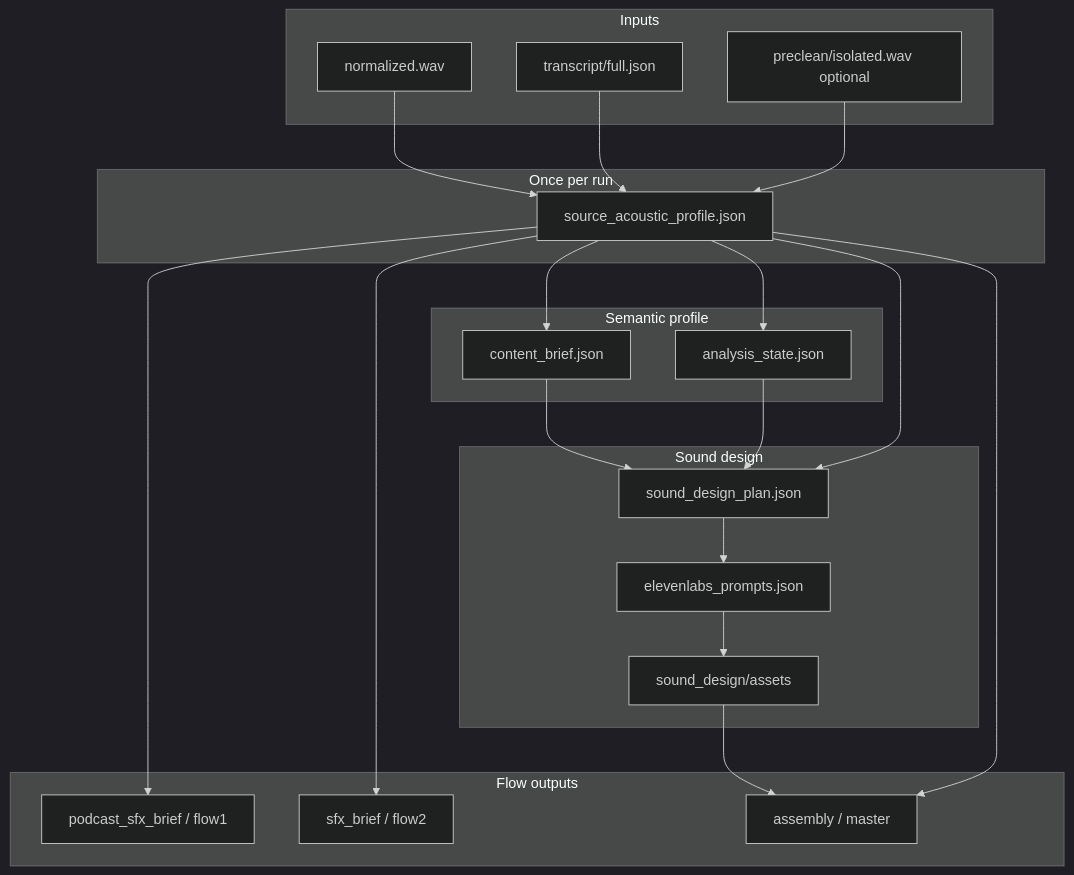
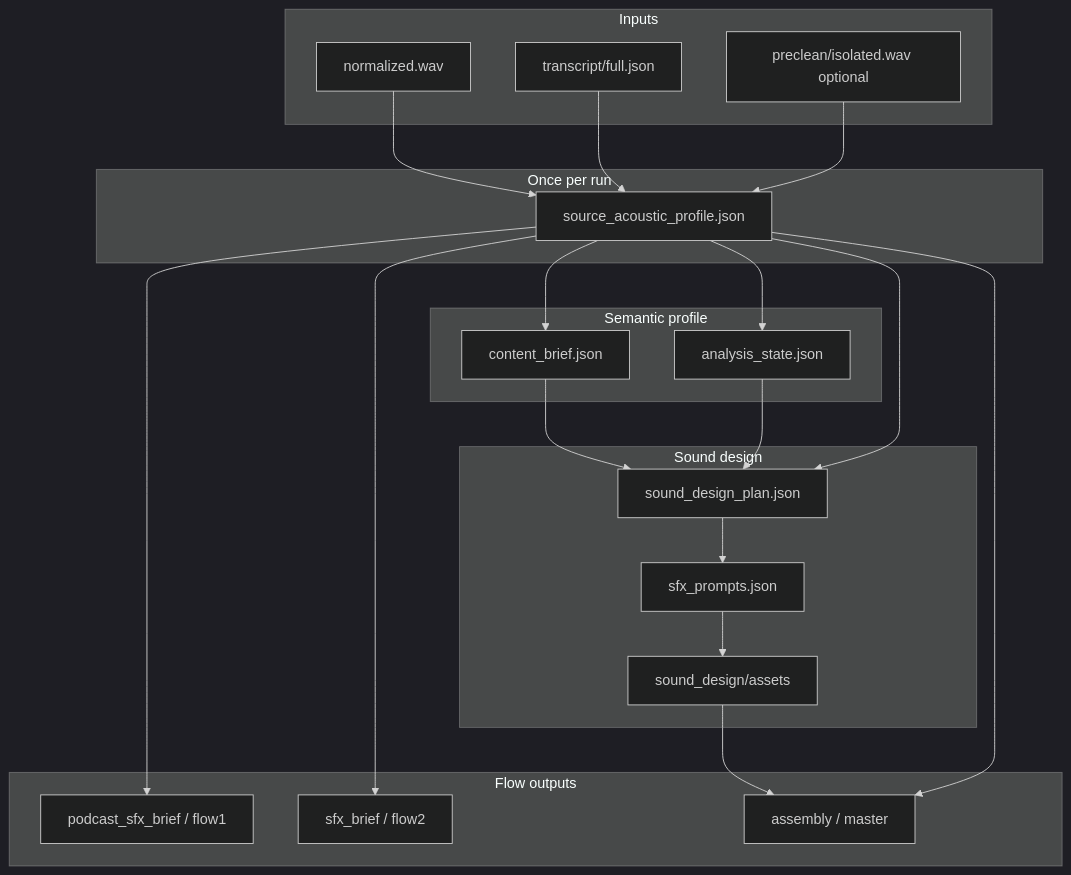
One commit to NicketUttarwar/interview_helper_mux changed the diagram in docs/cross-cutting/source-derived-sonic-mix-profile.md. Above: the diagram before and after it, drawn with Mermaid (dark theme). The commit also changed other lines of this file and 253 other files, not shown here.

````diff
--- a/docs/cross-cutting/source-derived-sonic-mix-profile.md
+++ b/docs/cross-cutting/source-derived-sonic-mix-profile.md
@@ -140,39 +140,39 @@
 ```mermaid
 flowchart TB
   subgraph inputs [Inputs]
     NW[normalized.wav]
     TR[transcript/full.json]
     PC[preclean/isolated.wav optional]
   end
   subgraph derive [Once per run]
     SAP[source_acoustic_profile.json]
   end
   subgraph semantic [Semantic profile]
     AS[analysis_state.json]
     CB[content_brief.json]
   end
   subgraph sound [Sound design]
     SDP[sound_design_plan.json]
-    EL[elevenlabs_prompts.json]
+    EL[sfx_prompts.json]
     WAV[sound_design/assets]
   end
   subgraph flow [Flow outputs]
     P1[podcast_sfx_brief / flow1]
     P2[sfx_brief / flow2]
     MUX[assembly / master]
   end
   NW --> SAP
   TR --> SAP
   PC --> SAP
   SAP --> AS
   SAP --> CB
   CB --> SDP
   AS --> SDP
   SAP --> SDP
   SDP --> EL
   EL --> WAV
   SAP --> P1
   SAP --> P2
   WAV --> MUX
   SAP --> MUX
 ```
````
